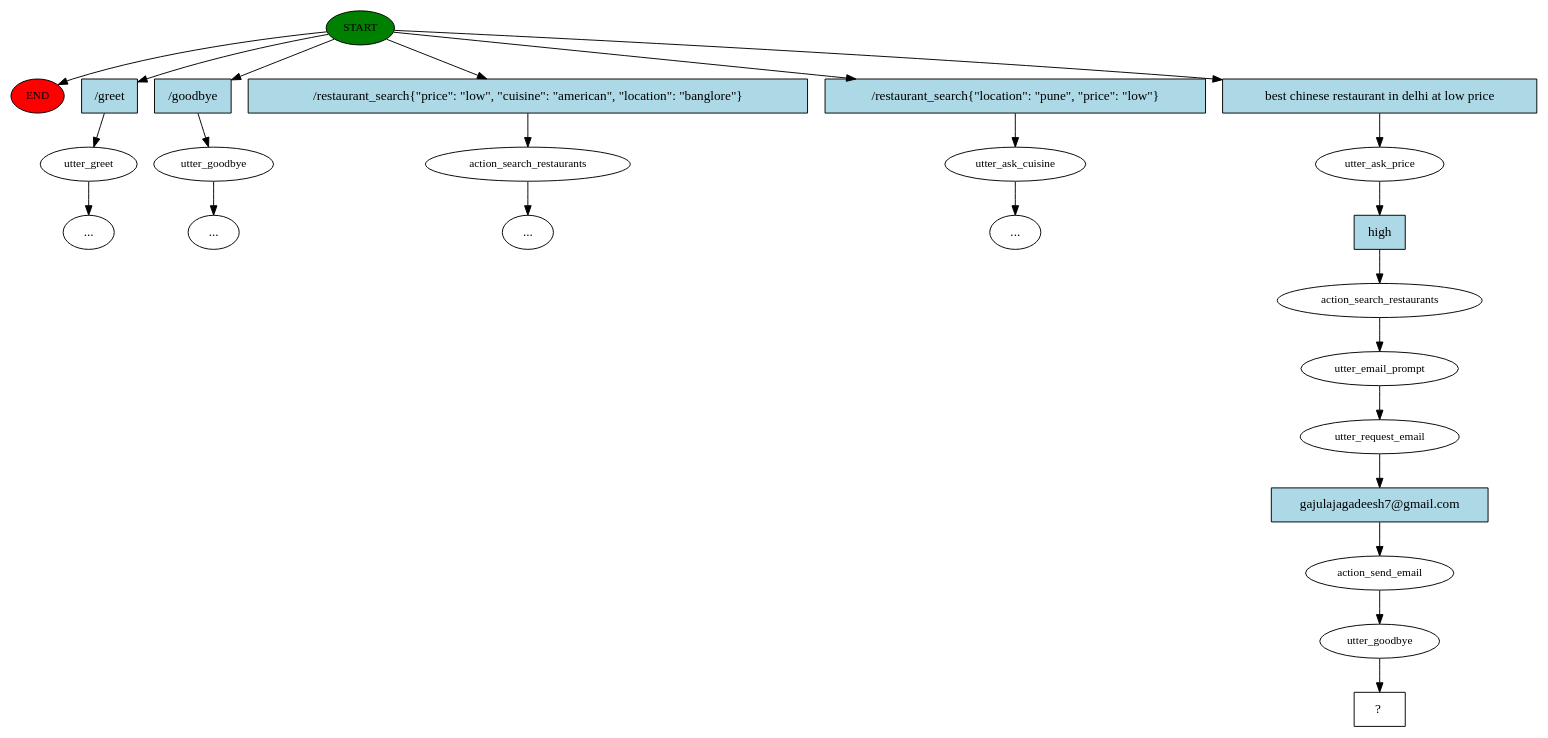
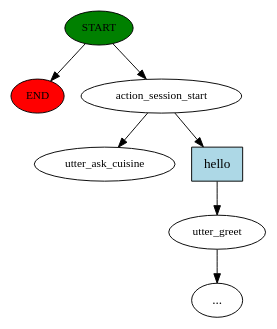
Before and after one commit to jagadeesh-gajula/Foodie-Chatbot: the diagram in story_graph.dot, drawn with Graphviz. The commit also changed 14 other files, not shown here.

```diff
--- a/story_graph.dot
+++ b/story_graph.dot
@@ -1,49 +1,15 @@
 digraph  {
 0 [class="start active", fillcolor=green, fontsize=12, label=START, style=filled];
 "-1" [class=end, fillcolor=red, fontsize=12, label=END, style=filled];
-1 [class="", fontsize=12, label=utter_greet];
-12 [class="", fontsize=12, label=utter_goodbye];
-"-14" [class=ellipsis, label="..."];
-18 [class="", fontsize=12, label=action_search_restaurants];
-"-20" [class=ellipsis, label="..."];
-19 [class="", fontsize=12, label=utter_ask_cuisine];
-"-21" [class=ellipsis, label="..."];
-"-29" [class=ellipsis, label="..."];
-28 [class=active, fontsize=12, label=utter_ask_price];
-29 [class=active, fontsize=12, label=action_search_restaurants];
-30 [class=active, fontsize=12, label=utter_email_prompt];
-31 [class=active, fontsize=12, label=utter_request_email];
-32 [class=active, fontsize=12, label=action_send_email];
-33 [class=active, fontsize=12, label=utter_goodbye];
-34 [class="intent dashed active", label="  ?  ", shape=rect];
-35 [class=intent, fillcolor=lightblue, label="/greet", shape=rect, style=filled];
-36 [class=intent, fillcolor=lightblue, label="/goodbye", shape=rect, style=filled];
-37 [class=intent, fillcolor=lightblue, label="/restaurant_search{\"price\": \"low\", \"cuisine\": \"american\", \"location\": \"banglore\"}", shape=rect, style=filled];
-38 [class=intent, fillcolor=lightblue, label="/restaurant_search{\"location\": \"pune\", \"price\": \"low\"}", shape=rect, style=filled];
-39 [class="intent active", fillcolor=lightblue, label="best chinese restaurant in delhi at low price", shape=rect, style=filled];
-40 [class="intent active", fillcolor=lightblue, label=high, shape=rect, style=filled];
-41 [class="intent active", fillcolor=lightblue, label="gajulajagadeesh7@gmail.com", shape=rect, style=filled];
+1 [class=active, fontsize=12, label=action_session_start];
+2 [class="", fontsize=12, label=utter_greet];
+"-3" [class=ellipsis, label="..."];
+4 [class="dashed active", fontsize=12, label=utter_ask_cuisine];
+5 [class=intent, fillcolor=lightblue, label=hello, shape=rect, style=filled];
 0 -> "-1"  [class="", key=NONE, label=""];
-0 -> 35  [class="", key=0];
-0 -> 36  [class="", key=0];
-0 -> 37  [class="", key=0];
-0 -> 38  [class="", key=0];
-0 -> 39  [class=active, key=0];
-1 -> "-29"  [class="", key=NONE, label=""];
-12 -> "-14"  [class="", key=NONE, label=""];
-18 -> "-20"  [class="", key=NONE, label=""];
-19 -> "-21"  [class="", key=NONE, label=""];
-28 -> 40  [class=active, key=0];
-29 -> 30  [class=active, key=NONE, label=""];
-30 -> 31  [class=active, key=NONE, label=""];
-31 -> 41  [class=active, key=0];
-32 -> 33  [class=active, key=NONE, label=""];
-33 -> 34  [class=active, key=NONE, label=""];
-35 -> 1  [class="", key=0];
-36 -> 12  [class="", key=0];
-37 -> 18  [class="", key=0];
-38 -> 19  [class="", key=0];
-39 -> 28  [class=active, key=0];
-40 -> 29  [class=active, key=0];
-41 -> 32  [class=active, key=0];
+0 -> 1  [class=active, key=NONE, label=""];
+1 -> 4  [class=active, key=NONE, label=""];
+1 -> 5  [class="", key=0];
+2 -> "-3"  [class="", key=NONE, label=""];
+5 -> 2  [class="", key=0];
 }
```
